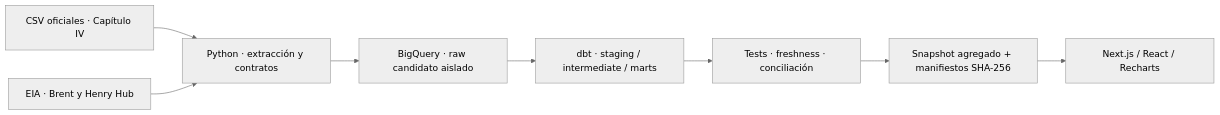
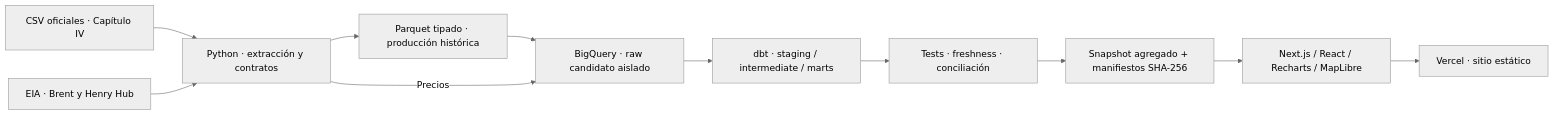
Before and after one commit to nrohland/vaca-muerta-en-datos: the diagram in README.md, drawn with Mermaid (neutral theme). The commit also changed other lines of this file and 14 other files, not shown here.

````diff
--- a/README.md
+++ b/README.md
@@ -40,10 +40,13 @@
 ```mermaid
 flowchart LR
   SE["CSV oficiales · Capítulo IV"] --> PY["Python · extracción y contratos"]
   EIA["EIA · Brent y Henry Hub"] --> PY
-  PY --> RAW["BigQuery · raw candidato aislado"]
+  PY --> PQ["Parquet tipado · producción histórica"]
+  PQ --> RAW["BigQuery · raw candidato aislado"]
+  PY -->|Precios| RAW
   RAW --> DBT["dbt · staging / intermediate / marts"]
   DBT --> QA["Tests · freshness · conciliación"]
   QA --> JSON["Snapshot agregado + manifiestos SHA-256"]
-  JSON --> UI["Next.js / React / Recharts"]
+  JSON --> UI["Next.js / React / Recharts / MapLibre"]
+  UI --> HOST["Vercel · sitio estático"]
 ```
````
